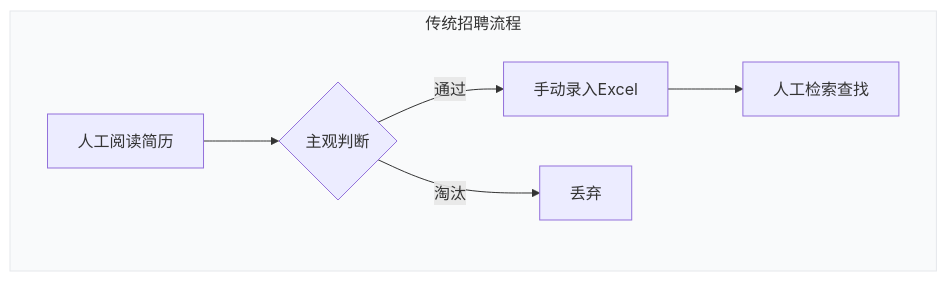
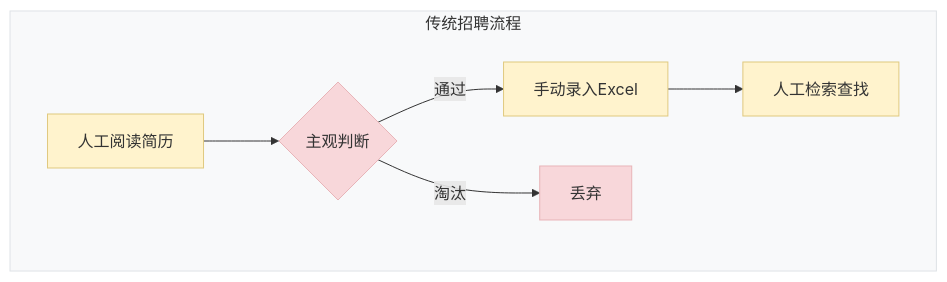
Before and after one commit to xt765/ResumeScreening: the first of 18 diagrams in README.md, drawn with Mermaid. The commit also changed other lines of this file and 4 other files, not shown here.

````diff
--- a/README.md
+++ b/README.md
@@ -39,11 +39,16 @@
 ```mermaid
 graph LR
     subgraph Legacy [传统招聘流程]
         direction LR
         A1[人工阅读简历] --> A2{主观判断}
         A2 -->|通过| A3[手动录入Excel]
         A2 -->|淘汰| A4[丢弃]
         A3 --> A5[人工检索查找]
     end
-    style Legacy fill:#f9fafb,stroke:#e5e7eb
+    style Legacy fill:#f8f9fa,stroke:#dee2e6
+    style A1 fill:#fff3cd,stroke:#e0c97f
+    style A2 fill:#f8d7da,stroke:#e8b4b8
+    style A3 fill:#fff3cd,stroke:#e0c97f
+    style A4 fill:#f8d7da,stroke:#e8b4b8
+    style A5 fill:#fff3cd,stroke:#e0c97f
 ```
````
